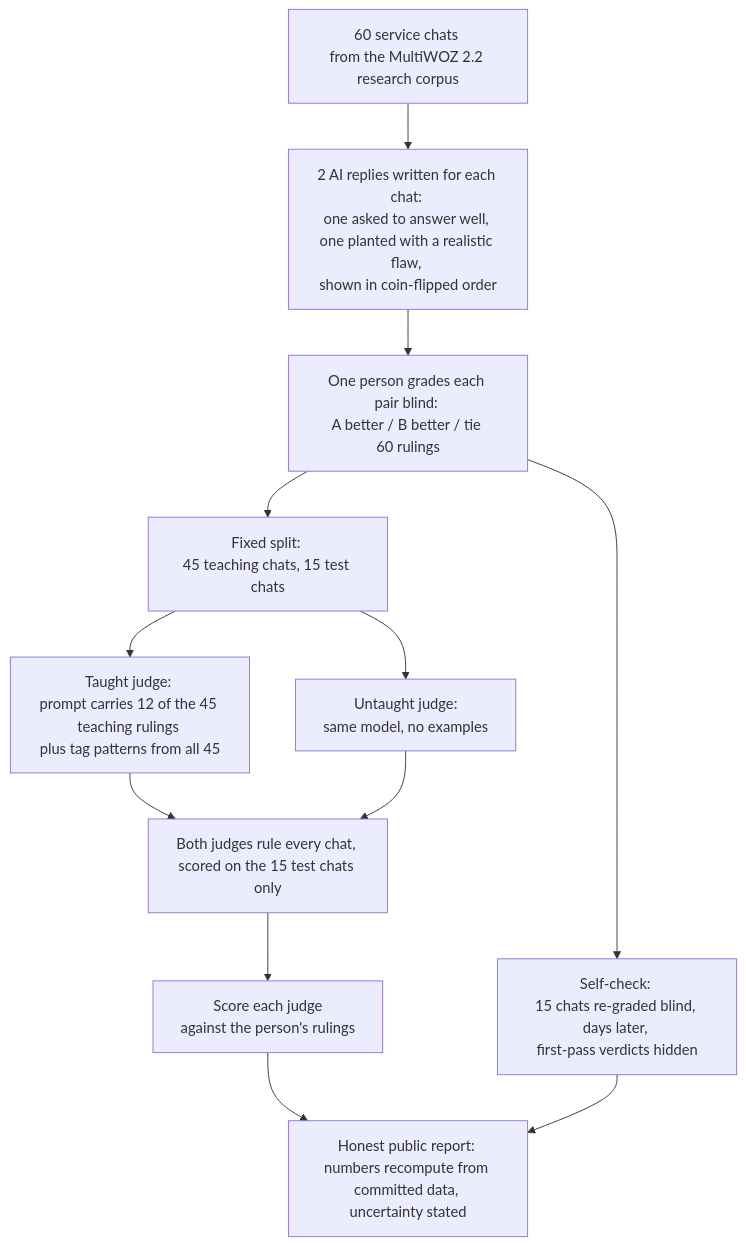
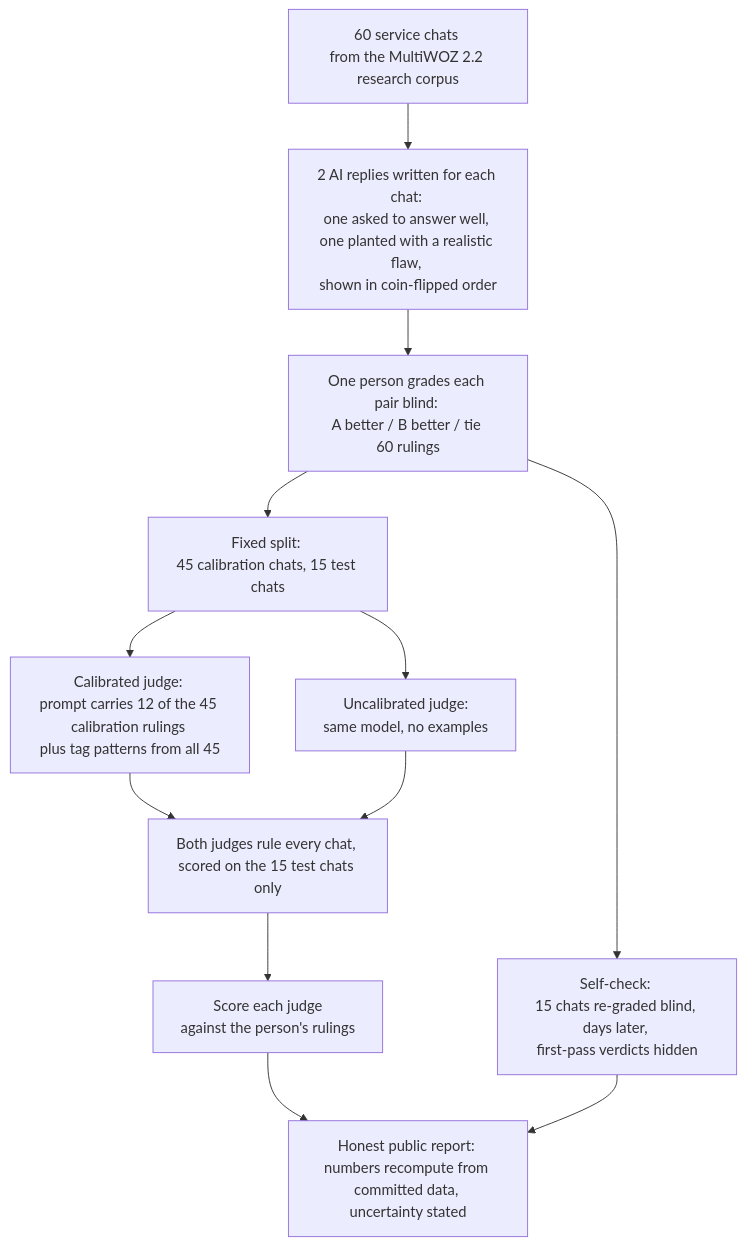
One commit to Mike-E-Log/business-scenario-judge changed the diagram in README.md. Above: the diagram before and after it, drawn with Mermaid. The commit also changed other lines of this file, not shown here.

Commit message:
readme: taught/untaught -> calibrated/uncalibrated repo-wide (operator sweep, matches data's split:'calibration') + top bullet owns the n=15 resolution limit (recruiter-pass item 3) - 57 green, em-dash zero

````diff
--- a/README.md
+++ b/README.md
@@ -35,14 +35,14 @@
 ```mermaid
 flowchart TD
     A["60 service chats <br>from the MultiWOZ 2.2 research corpus"] --> B["2 AI replies written for each chat: <br>one asked to answer well, <br>one planted with a realistic flaw, <br>shown in coin-flipped order"]
     B --> C["One person grades each pair blind: <br>A better / B better / tie <br>60 rulings"]
-    C --> D["Fixed split: <br>45 teaching chats, 15 test chats"]
+    C --> D["Fixed split: <br>45 calibration chats, 15 test chats"]
     C --> R["Self-check: <br>15 chats re-graded blind, days later, <br>first-pass verdicts hidden"]
-    D --> E["Taught judge: <br>prompt carries 12 of the 45 teaching rulings <br>plus tag patterns from all 45"]
-    D --> F["Untaught judge: <br>same model, no examples"]
+    D --> E["Calibrated judge: <br>prompt carries 12 of the 45 calibration rulings <br>plus tag patterns from all 45"]
+    D --> F["Uncalibrated judge: <br>same model, no examples"]
     E --> G["Both judges rule every chat, <br>scored on the 15 test chats only"]
     F --> G
     G --> H["Score each judge <br>against the person's rulings"]
     H --> J["Honest public report: <br>numbers recompute from committed data, <br>uncertainty stated"]
     R --> J
 ```
````
